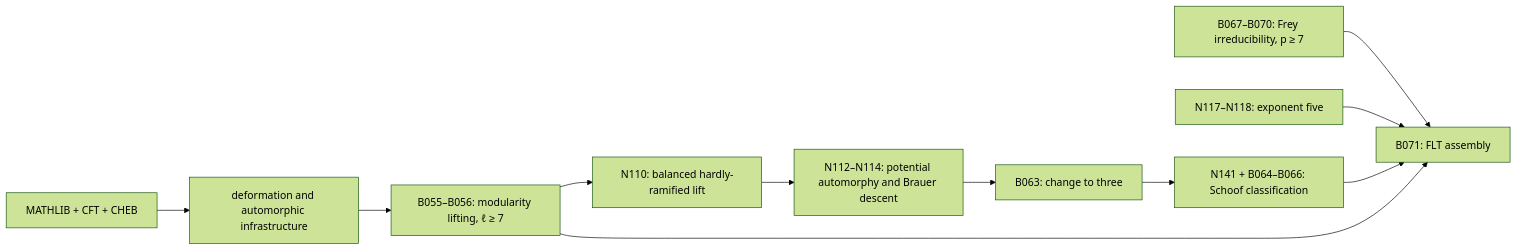
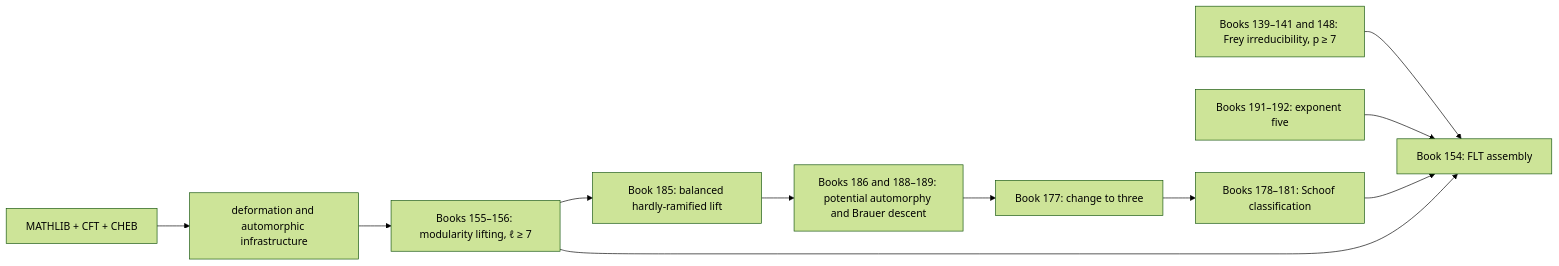
The diagram in BOOK_DEPENDENCIES.md (phulin/LastLib), drawn with Mermaid (forest theme) before and after one commit. The commit also changed other lines of this file and 112 other files, not shown here.

````diff
--- a/BOOK_DEPENDENCIES.md
+++ b/BOOK_DEPENDENCIES.md
@@ -19,13 +20,13 @@
 ```mermaid
 flowchart LR
     U["MATHLIB + CFT + CHEB"] --> D["deformation and automorphic infrastructure"]
-    D --> ML["B055–B056: modularity lifting, ℓ ≥ 7"]
-    ML --> L["N110: balanced hardly-ramified lift"]
-    L --> PM["N112–N114: potential automorphy and Brauer descent"]
-    PM --> P3["B063: change to three"]
-    P3 --> S["N141 + B064–B066: Schoof classification"]
-    I["B067–B070: Frey irreducibility, p ≥ 7"] --> F["B071: FLT assembly"]
-    P5["N117–N118: exponent five"] --> F
+    D --> ML["Books 155–156: modularity lifting, ℓ ≥ 7"]
+    ML --> L["Book 185: balanced hardly-ramified lift"]
+    L --> PM["Books 186 and 188–189: potential automorphy and Brauer descent"]
+    PM --> P3["Book 177: change to three"]
+    P3 --> S["Books 178–181: Schoof classification"]
+    I["Books 139–141 and 148: Frey irreducibility, p ≥ 7"] --> F["Book 154: FLT assembly"]
+    P5["Books 191–192: exponent five"] --> F
     S --> F
     ML --> F
 ```
````
